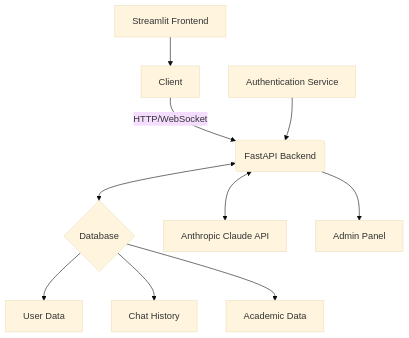
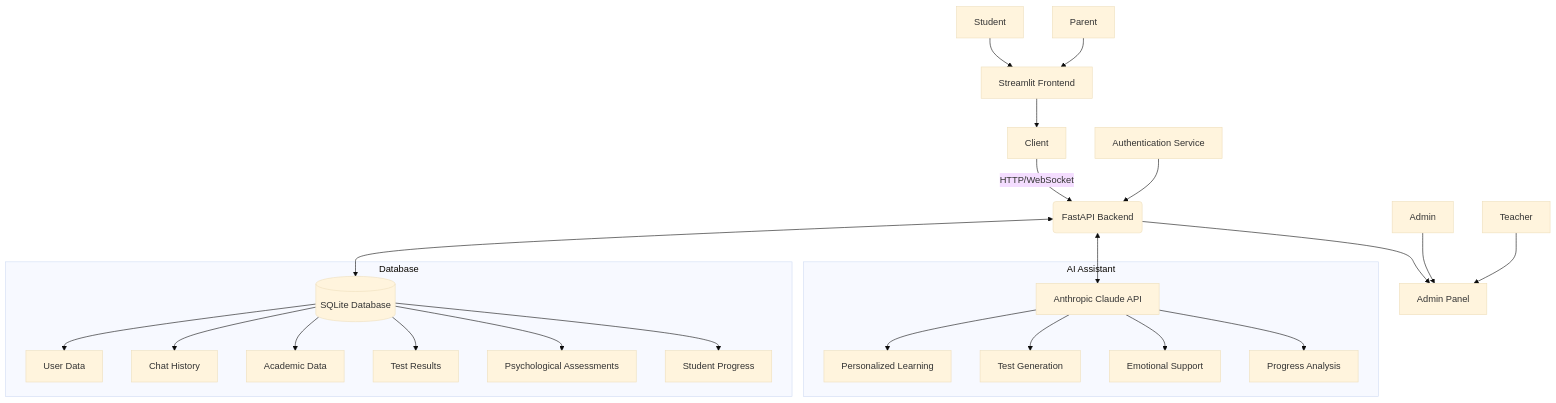
The first of 2 diagrams in README.md (sado-devO/IqroAI), drawn with Mermaid (base theme) before and after one commit. The commit also changed other lines of this file, not shown here.

````diff
--- a/README.md
+++ b/README.md
@@ -115,12 +115,31 @@
 ```mermaid
 graph TD
     A[Client] -->|HTTP/WebSocket| B(FastAPI Backend)
-    B <--> C{Database}
+    B <--> C[(SQLite Database)]
     B <--> D[Anthropic Claude API]
     B --> E[Admin Panel]
+    
+    subgraph Database
     C --> F[User Data]
     C --> G[Chat History]
     C --> H[Academic Data]
-    I[Streamlit Frontend] --> A
-    J[Authentication Service] --> B
+    C --> I[Test Results]
+    C --> J[Psychological Assessments]
+    C --> K[Student Progress]
+    end
+    
+    L[Streamlit Frontend] --> A
+    M[Authentication Service] --> B
+    
+    subgraph AI Assistant
+    D --> N[Personalized Learning]
+    D --> O[Test Generation]
+    D --> P[Emotional Support]
+    D --> Q[Progress Analysis]
+    end
+    
+    R[Admin] --> E
+    S[Teacher] --> E
+    T[Student] --> L
+    U[Parent] --> L
 ```
````
